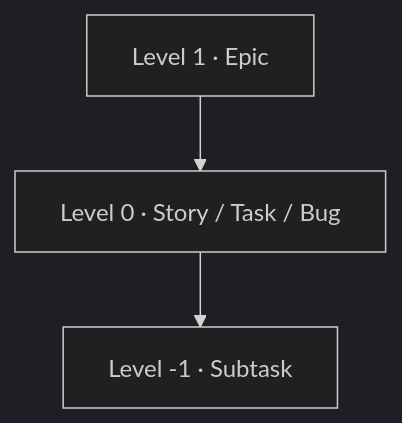
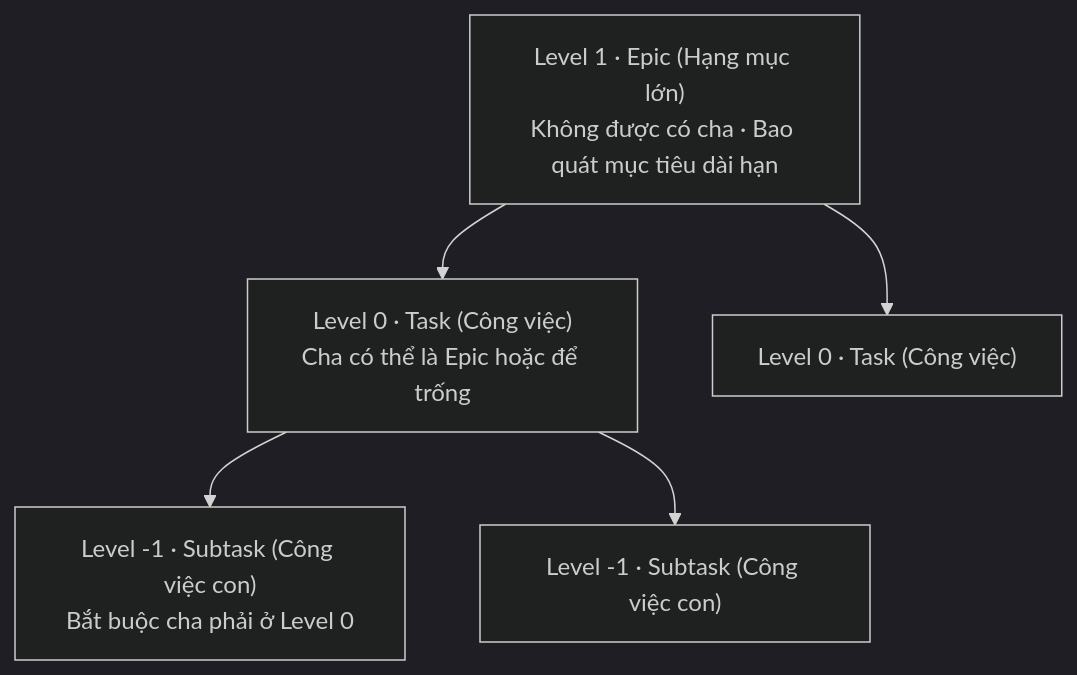
The ninth of 11 diagrams in formal_doc/02_NGHIEP_VU_PROJECT.md (Hecker-Chuoi/DATN-2026), drawn with Mermaid (dark theme) before and after one commit. The commit also changed other lines of this file and 60 other files, not shown here.

````diff
--- a/formal_doc/02_NGHIEP_VU_PROJECT.md
+++ b/formal_doc/02_NGHIEP_VU_PROJECT.md
@@ -341,5 +326,7 @@
 ```mermaid
 flowchart TD
-    E["Level 1 · Epic"] --> S["Level 0 · Story / Task / Bug"]
-    S --> ST["Level -1 · Subtask"]
+    E["Level 1 · Epic (Hạng mục lớn)<br/>Không được có cha · Bao quát mục tiêu dài hạn"] --> T1["Level 0 · Task (Công việc)<br/>Cha có thể là Epic hoặc để trống"]
+    E --> T2["Level 0 · Task (Công việc)"]
+    T1 --> S1["Level -1 · Subtask (Công việc con)<br/>Bắt buộc cha phải ở Level 0"]
+    T1 --> S2["Level -1 · Subtask (Công việc con)"]
 ```
````
